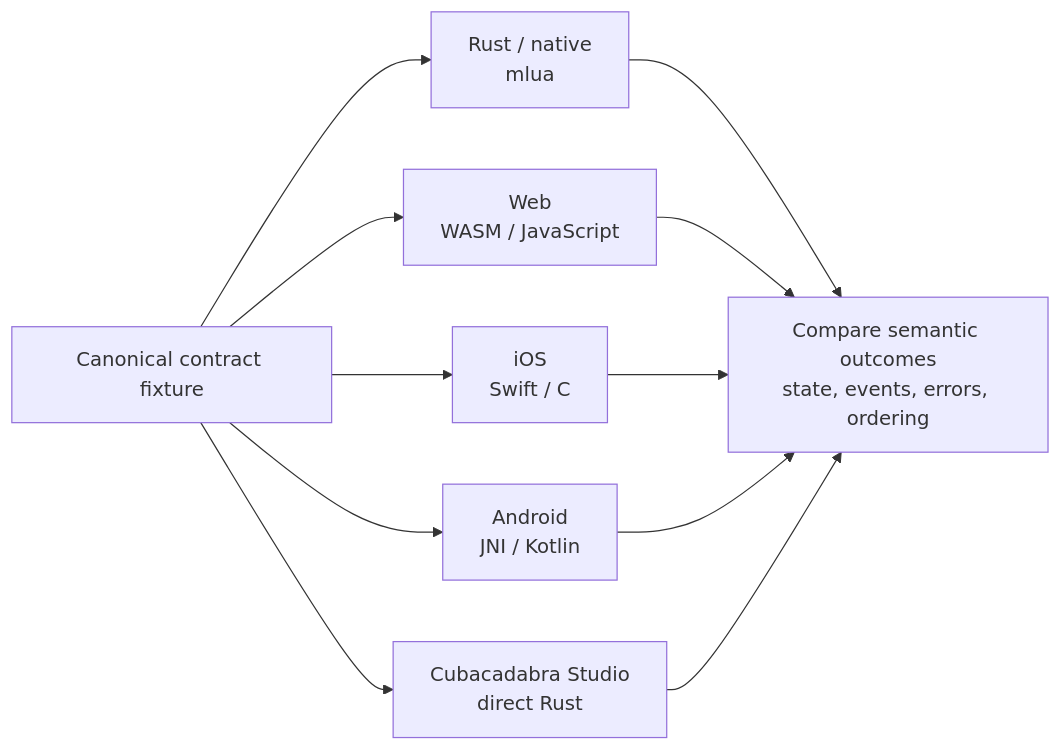
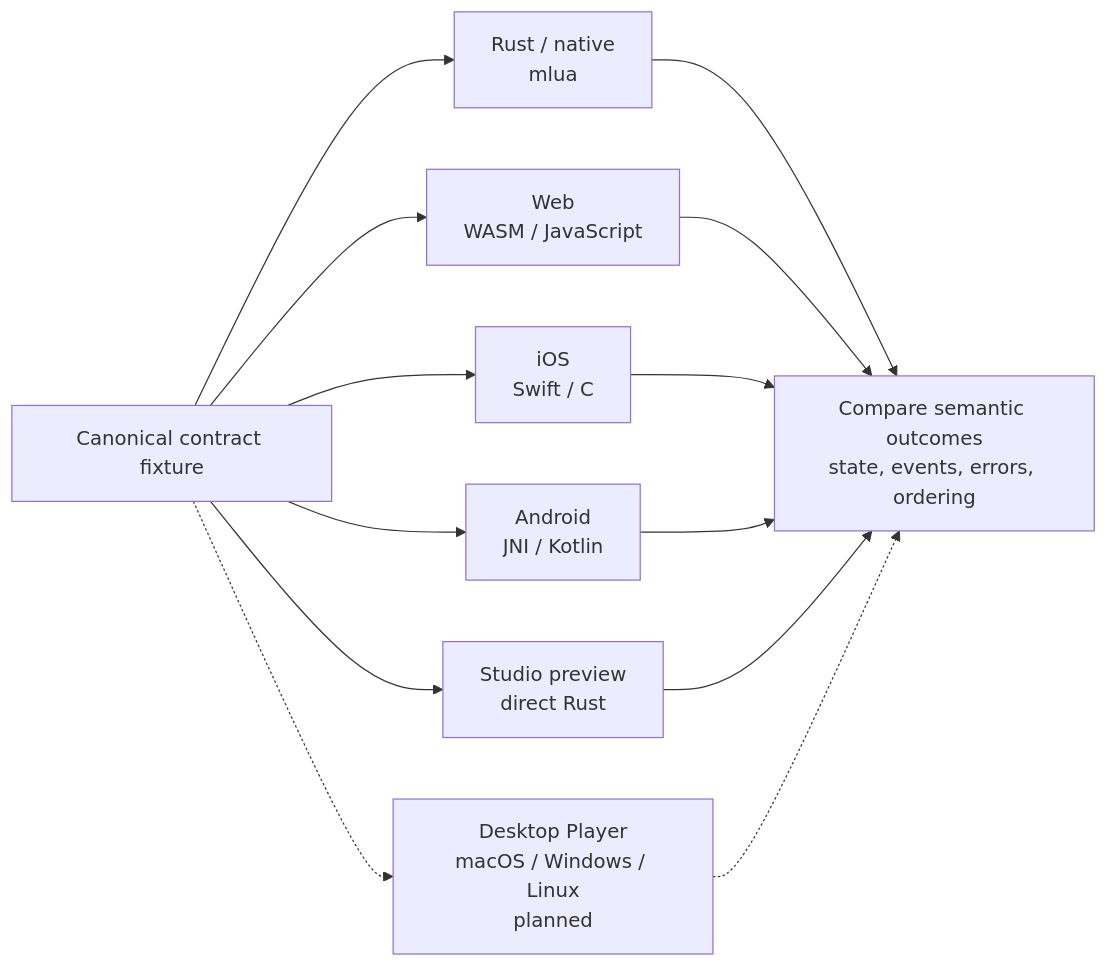
The diagram in compatibility/host-conformance.md (cubacadabra/docs), drawn with Mermaid before and after one commit. The commit also changed other lines of this file and 13 other files, not shown here.

Commit message:
studio vs desktop

````diff
--- a/compatibility/host-conformance.md
+++ b/compatibility/host-conformance.md
@@ -10,16 +13,18 @@
 ```mermaid
 flowchart LR
     Fixture["Canonical contract fixture"]
     Native["Rust / native<br/>mlua"]
     Web["Web<br/>WASM / JavaScript"]
     IOS["iOS<br/>Swift / C"]
     Android["Android<br/>JNI / Kotlin"]
-    Studio["Cubacadabra Studio<br/>direct Rust"]
+    Studio["Studio preview<br/>direct Rust"]
+    Desktop["Desktop Player<br/>macOS / Windows / Linux<br/>planned"]
     Compare["Compare semantic outcomes<br/>state, events, errors, ordering"]
 
     Fixture --> Native --> Compare
     Fixture --> Web --> Compare
     Fixture --> IOS --> Compare
     Fixture --> Android --> Compare
     Fixture --> Studio --> Compare
+    Fixture -.-> Desktop -.-> Compare
 ```
````
